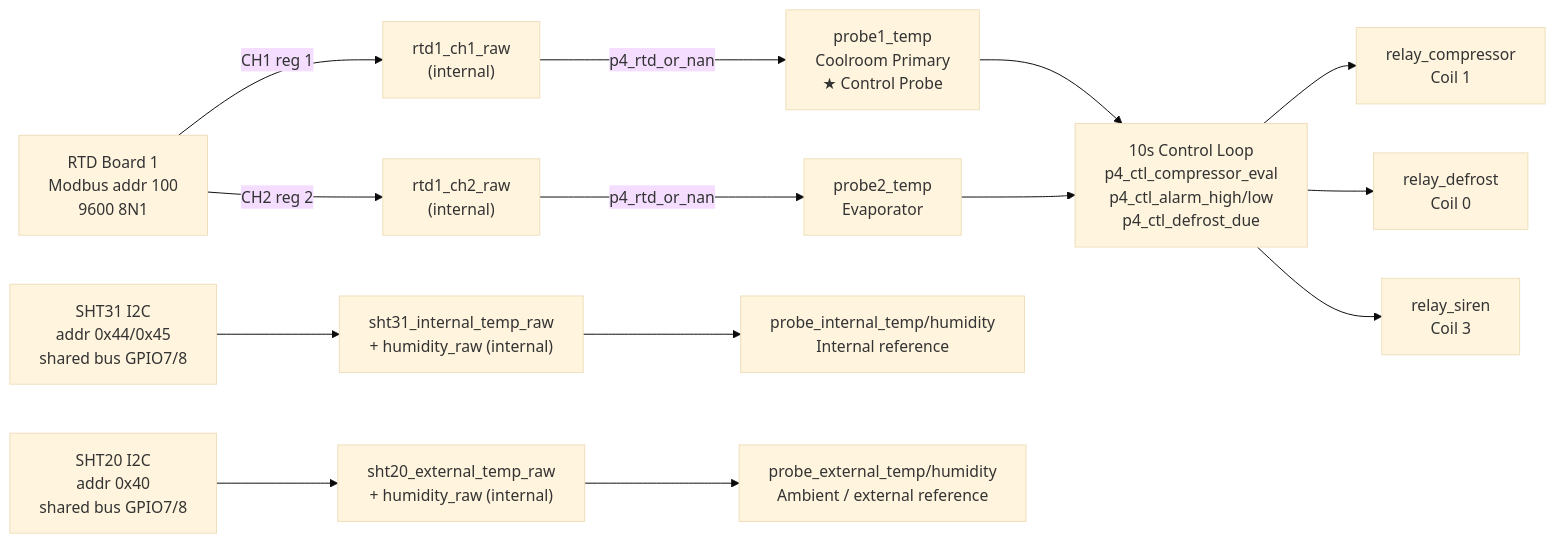
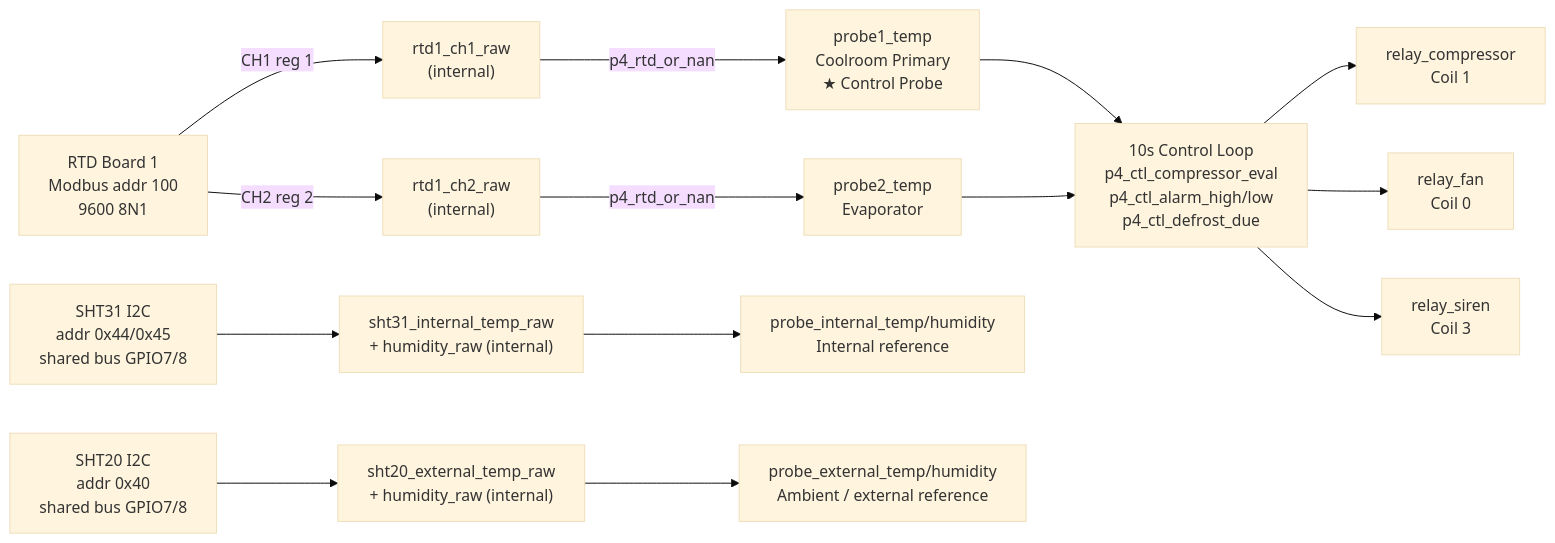
One commit to ausloki/ESP32-P4-Coolrooom changed the third of 3 diagrams in reference/program_control_logic_flowchart.md. Above: the diagram before and after it, drawn with Mermaid (base theme). The commit also changed other lines of this file and 13 other files, not shown here.

First line of the commit message:
feat(control): door-open compressor hold and fan relay (Carel C/D)

````diff
--- a/reference/program_control_logic_flowchart.md
+++ b/reference/program_control_logic_flowchart.md
@@ -78,18 +78,18 @@
 ```mermaid
 graph LR
     RTD1["RTD Board 1\nModbus addr 100\n9600 8N1"] -->|CH1 reg 1| R1C1["rtd1_ch1_raw\n(internal)"]
     RTD1 -->|CH2 reg 2| R1C2["rtd1_ch2_raw\n(internal)"]
     SHT31["SHT31 I2C\naddr 0x44/0x45\nshared bus GPIO7/8"] --> S31R["sht31_internal_temp_raw\n+ humidity_raw (internal)"]
     SHT20["SHT20 I2C\naddr 0x40\nshared bus GPIO7/8"] --> S20R["sht20_external_temp_raw\n+ humidity_raw (internal)"]
 
     R1C1 -->|p4_rtd_or_nan| P1["probe1_temp\nCoolroom Primary\n★ Control Probe"]
     R1C2 -->|p4_rtd_or_nan| P2["probe2_temp\nEvaporator"]
     S31R --> P3I["probe_internal_temp/humidity\nInternal reference"]
     S20R --> P3E["probe_external_temp/humidity\nAmbient / external reference"]
 
     P1 --> CTL["10s Control Loop\np4_ctl_compressor_eval\np4_ctl_alarm_high/low\np4_ctl_defrost_due"]
     P2 --> CTL
     CTL --> REL1["relay_compressor\nCoil 1"]
-    CTL --> REL0["relay_defrost\nCoil 0"]
+    CTL --> REL0["relay_fan\nCoil 0"]
     CTL --> REL3["relay_siren\nCoil 3"]
 ```
````
